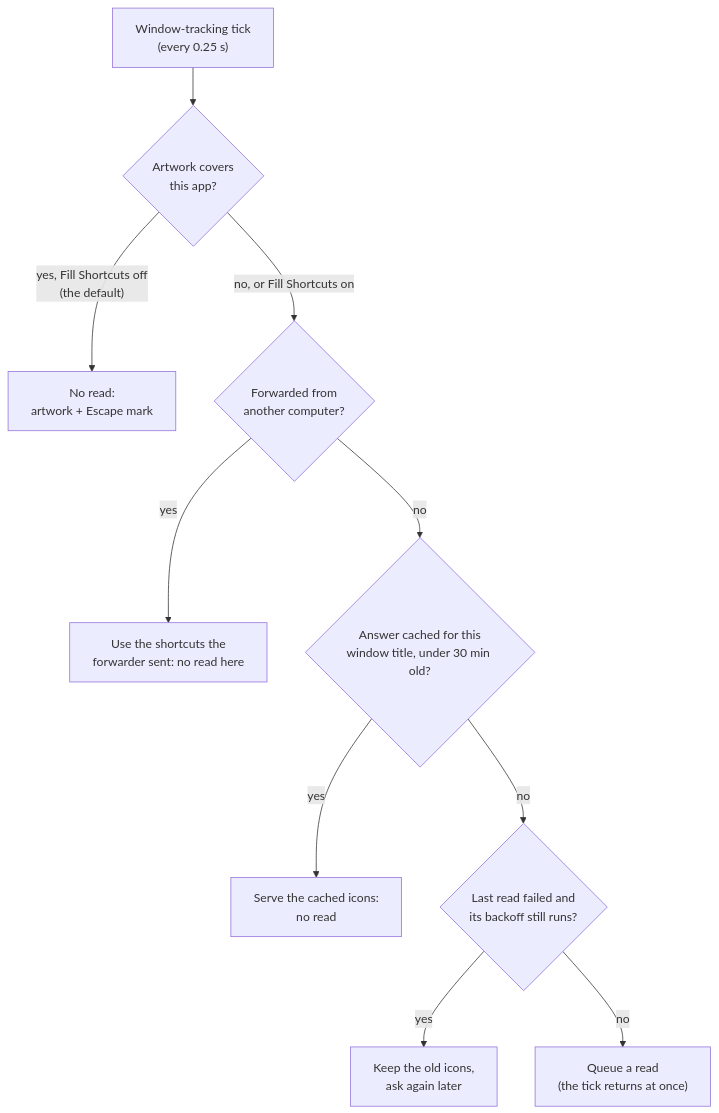
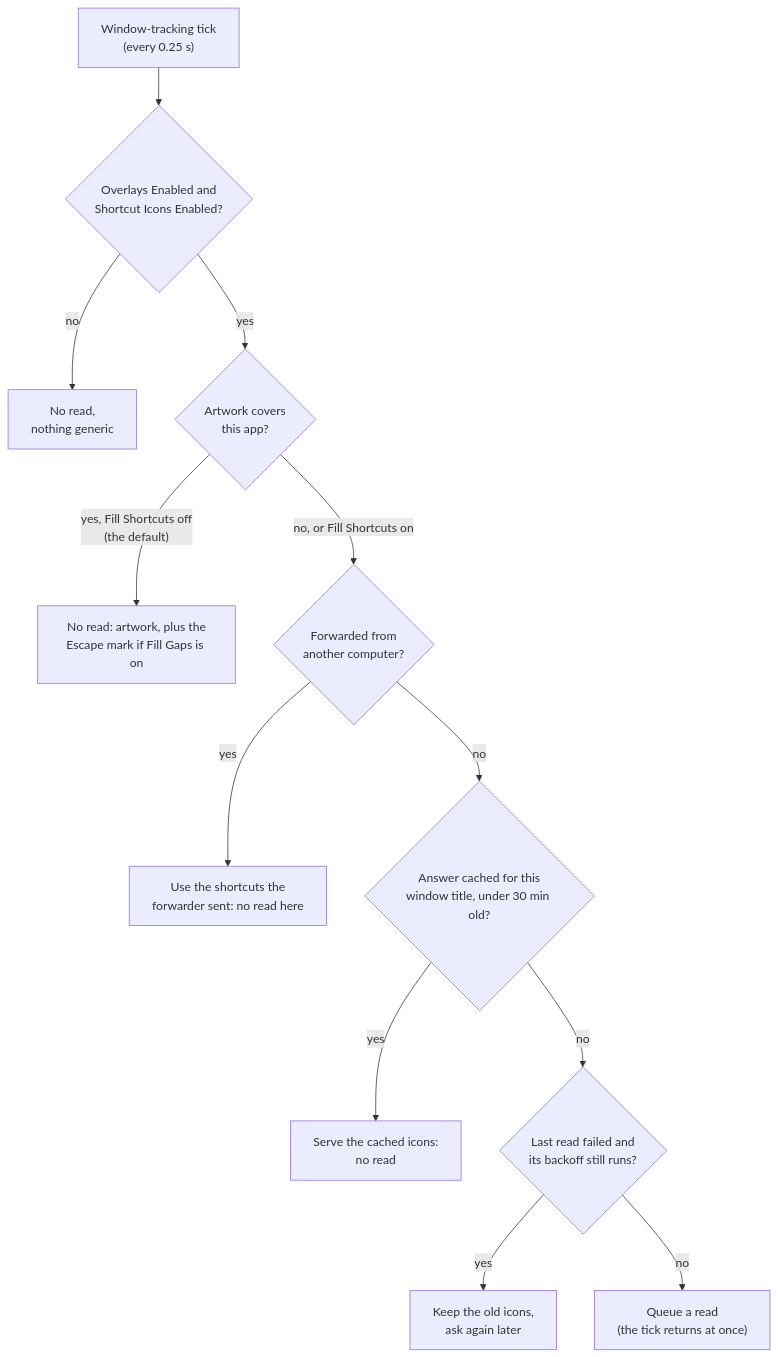
The fourth of 7 diagrams in src/content/docs/development/system-model.mdx (thpoll83/polykybd-docs), drawn with Mermaid before and after one commit. The commit also changed other lines of this file, not shown here.

First line of the commit message:
System model: show the main switches and Fill Gaps; qualify the window check

````diff
--- a/src/content/docs/development/system-model.mdx
+++ b/src/content/docs/development/system-model.mdx
@@ -220,12 +220,14 @@
 ```mermaid
 flowchart TD
-  T["Window-tracking tick<br/>(every 0.25 s)"] --> A{"Artwork covers<br/>this app?"}
-  A -- "yes, Fill Shortcuts off<br/>(the default)" --> N["No read:<br/>artwork + Escape mark"]
+  T["Window-tracking tick<br/>(every 0.25 s)"] --> E{"Overlays Enabled and<br/>Shortcut Icons Enabled?"}
+  E -- no --> X["No read,<br/>nothing generic"]
+  E -- yes --> A{"Artwork covers<br/>this app?"}
+  A -- "yes, Fill Shortcuts off<br/>(the default)" --> N["No read: artwork, plus the<br/>Escape mark if Fill Gaps is on"]
   A -- "no, or Fill Shortcuts on" --> F{"Forwarded from<br/>another computer?"}
   F -- yes --> R["Use the shortcuts the<br/>forwarder sent: no read here"]
   F -- no --> C{"Answer cached for this<br/>window title, under 30 min old?"}
   C -- yes --> S["Serve the cached icons:<br/>no read"]
   C -- no --> B{"Last read failed and<br/>its backoff still runs?"}
   B -- yes --> W["Keep the old icons,<br/>ask again later"]
   B -- no --> Q["Queue a read<br/>(the tick returns at once)"]
 ```
````
